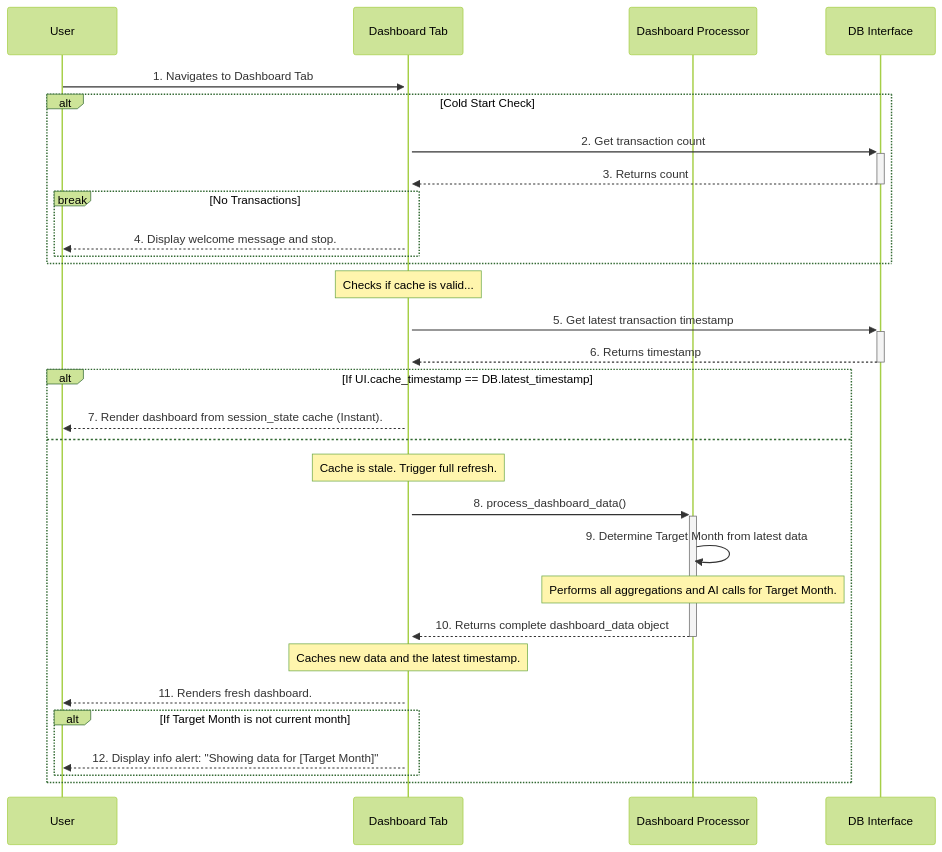
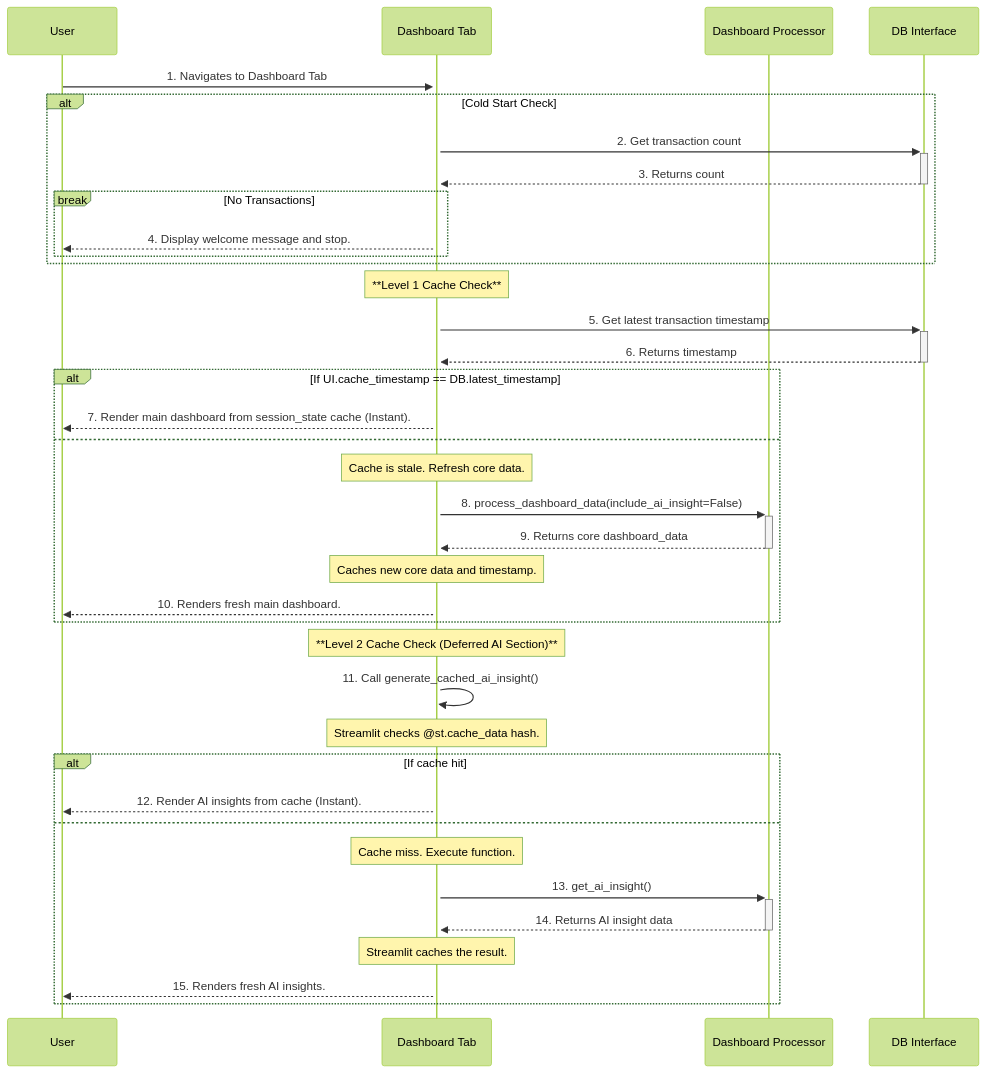
One commit to kumarrishav14/expense-tracker changed the diagram in planning/frontend/dashboard_tab_arch.md. Above: the diagram before and after it, drawn with Mermaid (forest theme). The commit also changed other lines of this file and 1 other file, not shown here.

First line of the commit message:
perf: Cache AI insights using st.cache_data to prevent re-computation

````diff
--- a/planning/frontend/dashboard_tab_arch.md
+++ b/planning/frontend/dashboard_tab_arch.md
@@ -39,40 +52,44 @@
 ```mermaid
 sequenceDiagram
     participant User
     participant UI as Dashboard Tab
     participant Processor as Dashboard Processor
     participant DB as DB Interface
 
-
     User->>+UI: 1. Navigates to Dashboard Tab
-
 
     alt Cold Start Check
         UI->>+DB: 2. Get transaction count
         DB-->>-UI: 3. Returns count
         break No Transactions
             UI-->>User: 4. Display welcome message and stop.
         end
     end
 
-
-    Note over UI: Checks if cache is valid...
+    Note over UI: **Level 1 Cache Check**
     UI->>+DB: 5. Get latest transaction timestamp
     DB-->>-UI: 6. Returns timestamp
 
+    alt If UI.cache_timestamp == DB.latest_timestamp
+        UI-->>User: 7. Render main dashboard from session_state cache (Instant).
+    else
+        Note over UI: Cache is stale. Refresh core data.
+        UI->>+Processor: 8. process_dashboard_data(include_ai_insight=False)
+        Processor-->>-UI: 9. Returns core dashboard_data
+        Note over UI: Caches new core data and timestamp.
+        UI-->>User: 10. Renders fresh main dashboard.
+    end
 
-    alt If UI.cache_timestamp == DB.latest_timestamp
-        UI-->>User: 7. Render dashboard from session_state cache (Instant).
+    Note over UI: **Level 2 Cache Check (Deferred AI Section)**
+    UI->>UI: 11. Call generate_cached_ai_insight()
+    Note over UI: Streamlit checks @st.cache_data hash.
+    alt If cache hit
+         UI-->>User: 12. Render AI insights from cache (Instant).
     else
-        Note over UI: Cache is stale. Trigger full refresh.
-        UI->>+Processor: 8. process_dashboard_data()
-        Processor->>Processor: 9. Determine Target Month from latest data
-        Note over Processor: Performs all aggregations and AI calls for Target Month.
-        Processor-->>-UI: 10. Returns complete dashboard_data object
-        Note over UI: Caches new data and the latest timestamp.
-        UI-->>User: 11. Renders fresh dashboard.
-        alt If Target Month is not current month
-            UI-->>User: 12. Display info alert: "Showing data for [Target Month]"
-        end
+        Note over UI: Cache miss. Execute function.
+        UI->>+Processor: 13. get_ai_insight()
+        Processor-->>-UI: 14. Returns AI insight data
+        Note over UI: Streamlit caches the result.
+        UI-->>User: 15. Renders fresh AI insights.
     end
 ```
````
